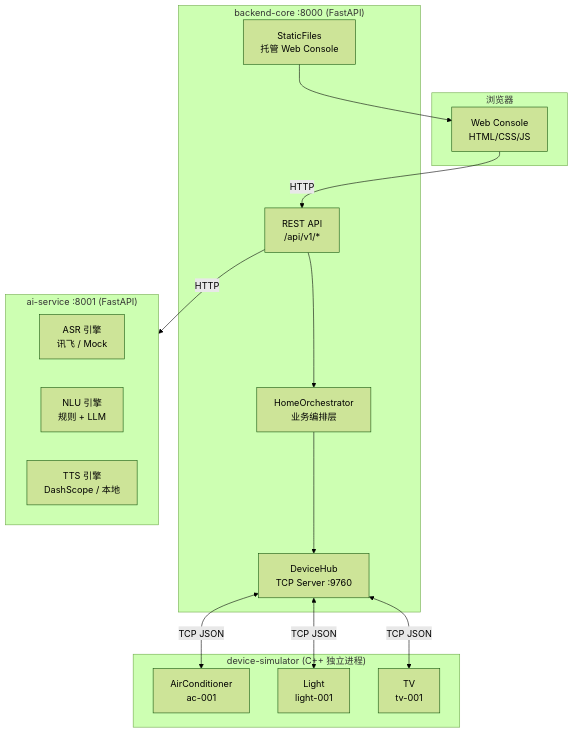
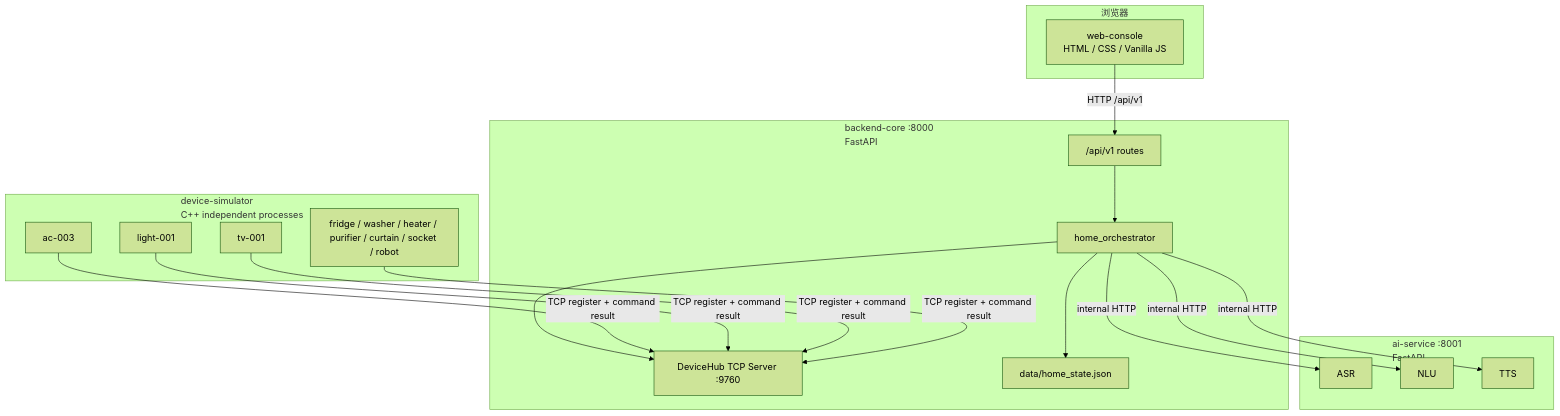
The first of 4 diagrams in software_design.md (DarksideWanderer/Software-Project), drawn with Mermaid (forest theme) before and after one commit. The commit also changed other lines of this file and 1 other file, not shown here.

````diff
--- a/software_design.md
+++ b/software_design.md
@@ -29,34 +15,38 @@
 ```mermaid
 flowchart TB
     subgraph Browser["浏览器"]
-        WebConsole["Web Console<br/>HTML/CSS/JS"]
+        Web["web-console<br/>HTML / CSS / Vanilla JS"]
     end
 
-    subgraph BackendCore["backend-core :8000 (FastAPI)"]
-        REST["REST API<br/>/api/v1/*"]
-        Hub["DeviceHub<br/>TCP Server :9760"]
-        Orchestrator["HomeOrchestrator<br/>业务编排层"]
-        Static["StaticFiles<br/>托管 Web Console"]
-        REST --> Orchestrator
+    subgraph Backend["backend-core :8000<br/>FastAPI"]
+        API["/api/v1 routes"]
+        Orchestrator["home_orchestrator"]
+        Hub["DeviceHub TCP Server :9760"]
+        State["data/home_state.json"]
+        API --> Orchestrator
         Orchestrator --> Hub
+        Orchestrator --> State
     end
 
-    subgraph AIService["ai-service :8001 (FastAPI)"]
-        ASR["ASR 引擎<br/>讯飞 / Mock"]
-        NLU["NLU 引擎<br/>规则 + LLM"]
-        TTS["TTS 引擎<br/>DashScope / 本地"]
+    subgraph AI["ai-service :8001<br/>FastAPI"]
+        ASR["ASR"]
+        NLU["NLU"]
+        TTS["TTS"]
     end
 
-    subgraph Simulators["device-simulator (C++ 独立进程)"]
-        AC["AirConditioner<br/>ac-001"]
-        Light["Light<br/>light-001"]
-        TV["TV<br/>tv-001"]
+    subgraph Sim["device-simulator<br/>C++ independent processes"]
+        AC["ac-003"]
+        Light["light-001"]
+        TV["tv-001"]
+        Generic["fridge / washer / heater / purifier / curtain / socket / robot"]
     end
 
-    WebConsole -->|"HTTP"| REST
-    REST -->|"HTTP"| AIService
-    Hub <-->|"TCP JSON"| AC
-    Hub <-->|"TCP JSON"| Light
-    Hub <-->|"TCP JSON"| TV
-    Static --> WebConsole
+    Web -->|"HTTP /api/v1"| API
+    Orchestrator -->|"internal HTTP"| ASR
+    Orchestrator -->|"internal HTTP"| NLU
+    Orchestrator -->|"internal HTTP"| TTS
+    AC -->|"TCP register + command result"| Hub
+    Light -->|"TCP register + command result"| Hub
+    TV -->|"TCP register + command result"| Hub
+    Generic -->|"TCP register + command result"| Hub
 ```
````
